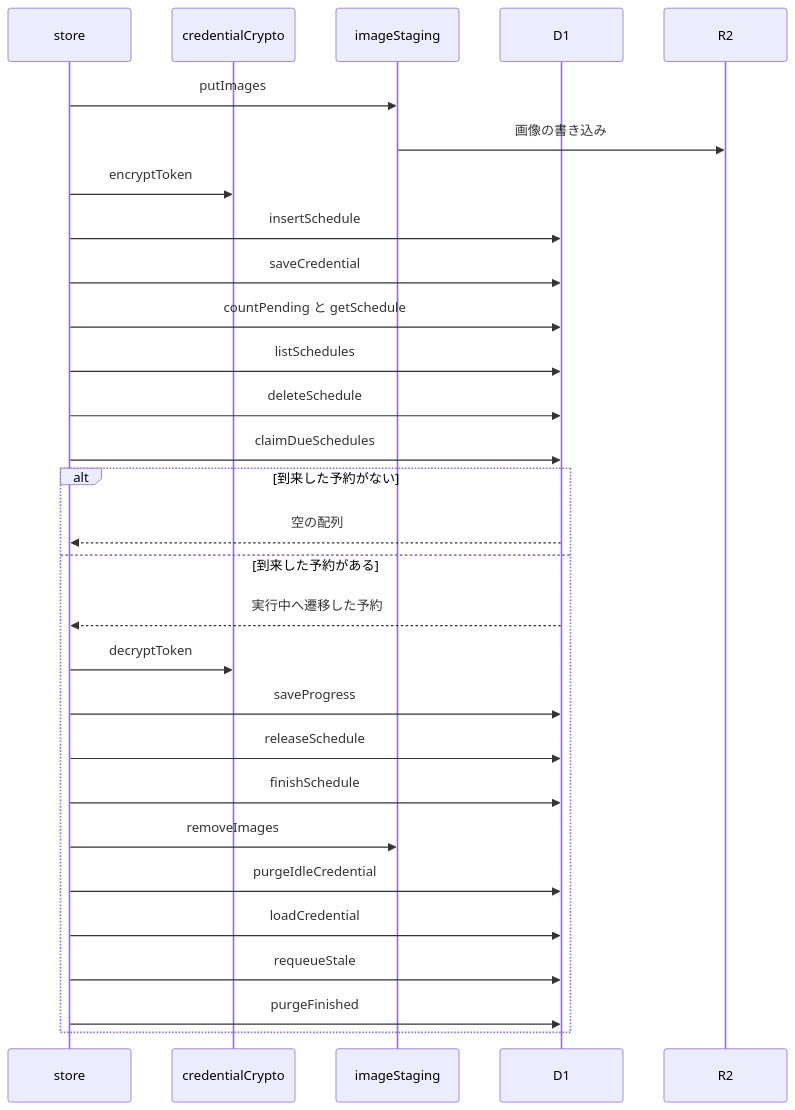
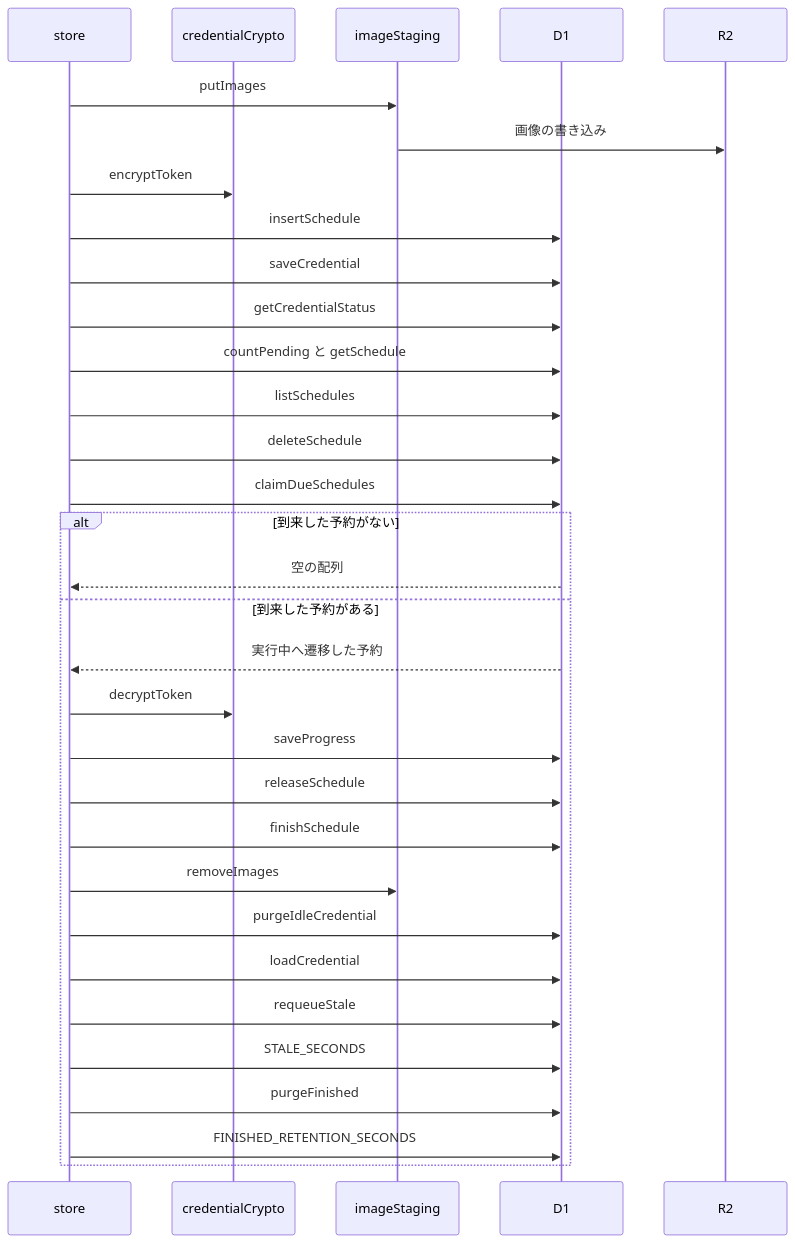
Before and after one commit to nekono-dev/skyshare: the second of 2 diagrams in specs/schedule-store/design.md, drawn with Mermaid. The commit also changed other lines of this file and 14 other files, not shown here.

````diff
--- a/specs/schedule-store/design.md
+++ b/specs/schedule-store/design.md
@@ -29,31 +32,34 @@
 ```mermaid
 sequenceDiagram
   participant store
   participant credentialCrypto
   participant imageStaging
   participant ext_d1 as D1
   participant ext_r2 as R2
   store->>imageStaging: putImages
   imageStaging->>ext_r2: 画像の書き込み
   store->>credentialCrypto: encryptToken
   store->>ext_d1: insertSchedule
   store->>ext_d1: saveCredential
+  store->>ext_d1: getCredentialStatus
   store->>ext_d1: countPending と getSchedule
   store->>ext_d1: listSchedules
   store->>ext_d1: deleteSchedule
   store->>ext_d1: claimDueSchedules
   alt 到来した予約がない
     ext_d1-->>store: 空の配列
   else 到来した予約がある
     ext_d1-->>store: 実行中へ遷移した予約
     store->>credentialCrypto: decryptToken
     store->>ext_d1: saveProgress
     store->>ext_d1: releaseSchedule
     store->>ext_d1: finishSchedule
     store->>imageStaging: removeImages
     store->>ext_d1: purgeIdleCredential
     store->>ext_d1: loadCredential
     store->>ext_d1: requeueStale
+    store->>ext_d1: STALE_SECONDS
     store->>ext_d1: purgeFinished
+    store->>ext_d1: FINISHED_RETENTION_SECONDS
   end
 ```
````
